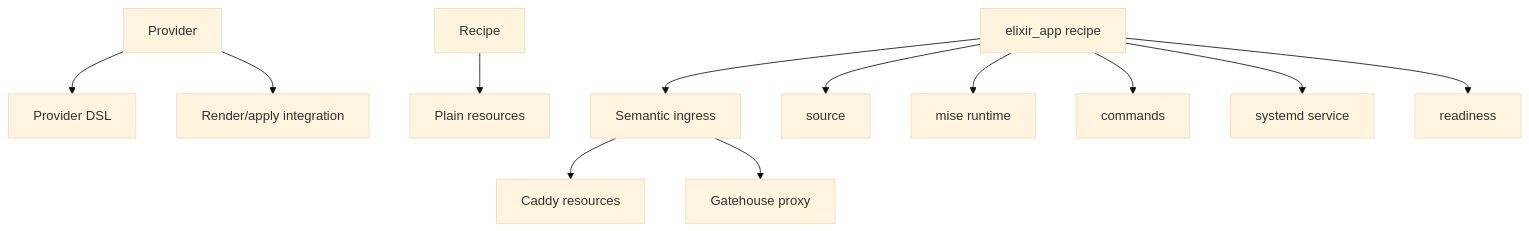
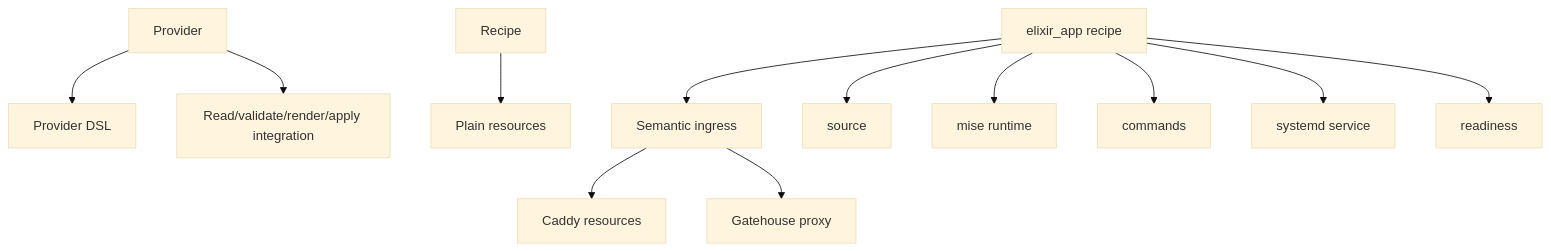
Before and after one commit to elixir-vibe/host_kit: the sixth of 8 diagrams in guides/reference/internal-architecture.md, drawn with Mermaid (base theme). The commit also changed other lines of this file and 5 other files, not shown here.

````diff
--- a/guides/reference/internal-architecture.md
+++ b/guides/reference/internal-architecture.md
@@ -325,14 +325,14 @@
 ```mermaid
 flowchart TD
   Provider[Provider] --> DSL[Provider DSL]
-  Provider --> Render[Render/apply integration]
+  Provider --> Render[Read/validate/render/apply integration]
   Recipe[Recipe] --> Resources[Plain resources]
   Ingress[Semantic ingress] --> Caddy[Caddy resources]
   Ingress --> Gatehouse[Gatehouse proxy]
   ElixirApp[elixir_app recipe] --> Source[source]
   ElixirApp --> Mise[mise runtime]
   ElixirApp --> Commands[commands]
   ElixirApp --> Systemd[systemd service]
   ElixirApp --> Readiness[readiness]
   ElixirApp --> Ingress
 ```
````
